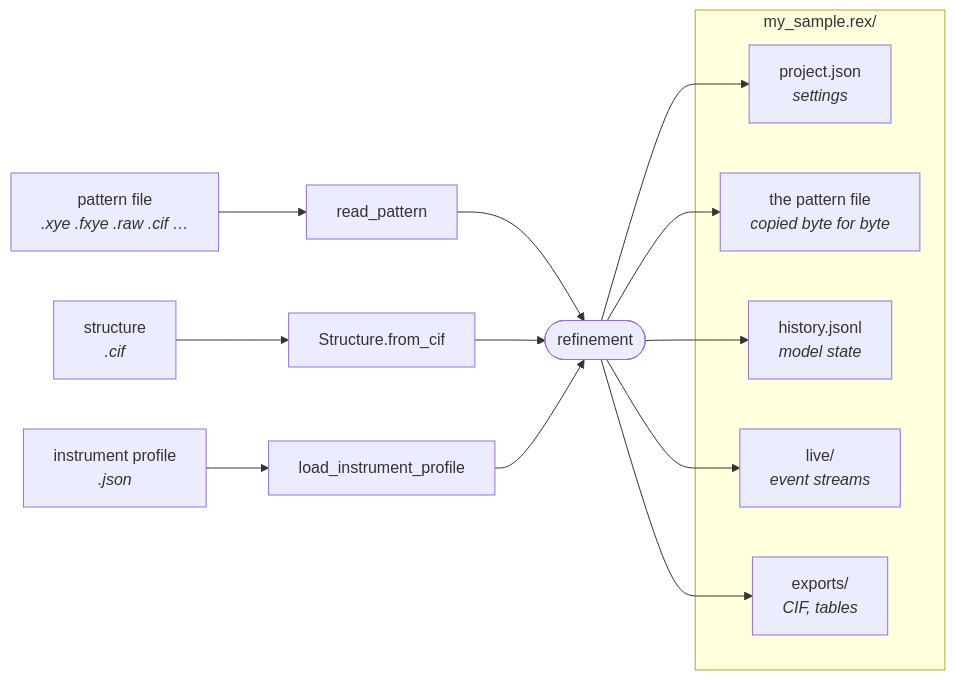
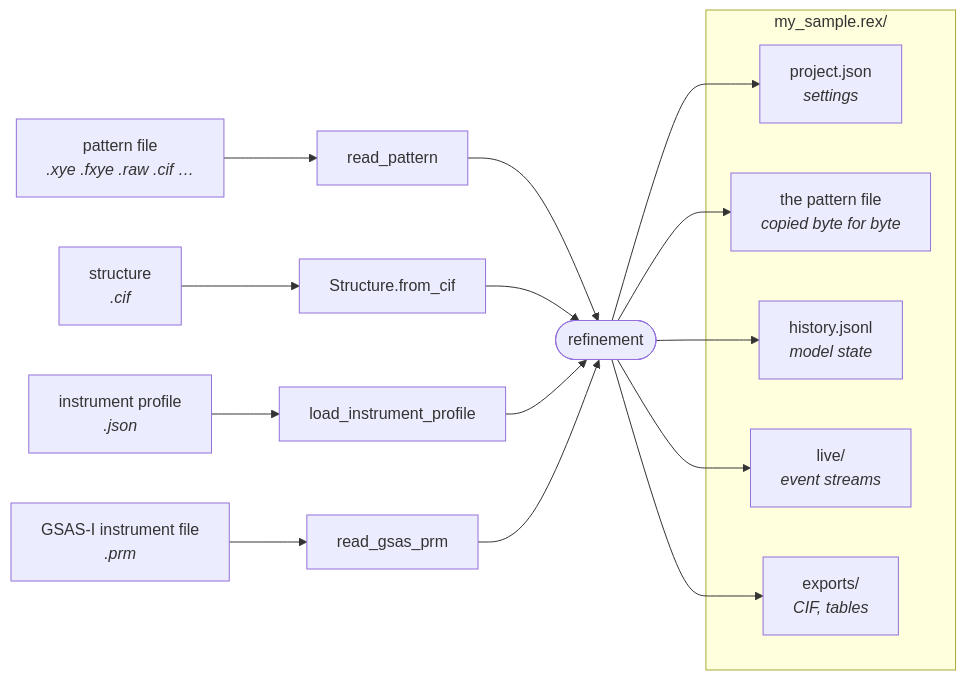
Before and after one commit to mustachefeeling/rietx: the first of 2 diagrams in docs/manual/using/files.md, drawn with Mermaid. The commit also changed other lines of this file and 8 other files, not shown here.

````diff
--- a/docs/manual/using/files.md
+++ b/docs/manual/using/files.md
@@ -6,21 +6,23 @@
 ```{mermaid}
 graph LR
   P["pattern file<br/><i>.xye .fxye .raw .cif …</i>"] --> RP["read_pattern"]
   C["structure<br/><i>.cif</i>"] --> SC["Structure.from_cif"]
   I["instrument profile<br/><i>.json</i>"] --> LP["load_instrument_profile"]
+  G["GSAS-I instrument file<br/><i>.prm</i>"] --> GP["read_gsas_prm"]
   RP --> REF(["refinement"])
   SC --> REF
   LP --> REF
+  GP --> REF
   subgraph rex ["my_sample.rex/"]
     PJ["project.json<br/><i>settings</i>"]
     PC["the pattern file<br/><i>copied byte for byte</i>"]
     H["history.jsonl<br/><i>model state</i>"]
     LV["live/<br/><i>event streams</i>"]
     EX["exports/<br/><i>CIF, tables</i>"]
   end
   REF --> PJ
   REF --> PC
   REF --> H
   REF --> LV
   REF --> EX
 ```
````
